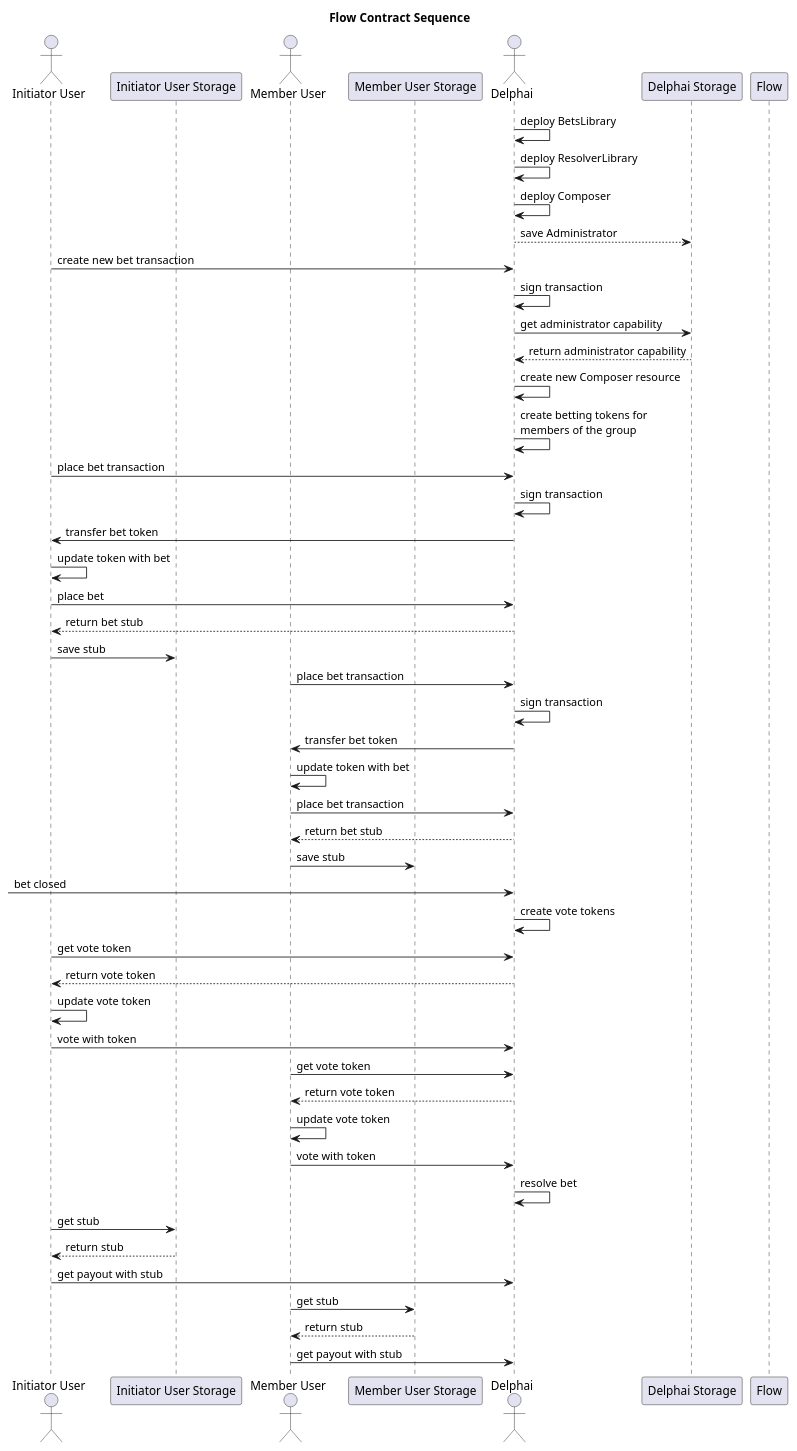
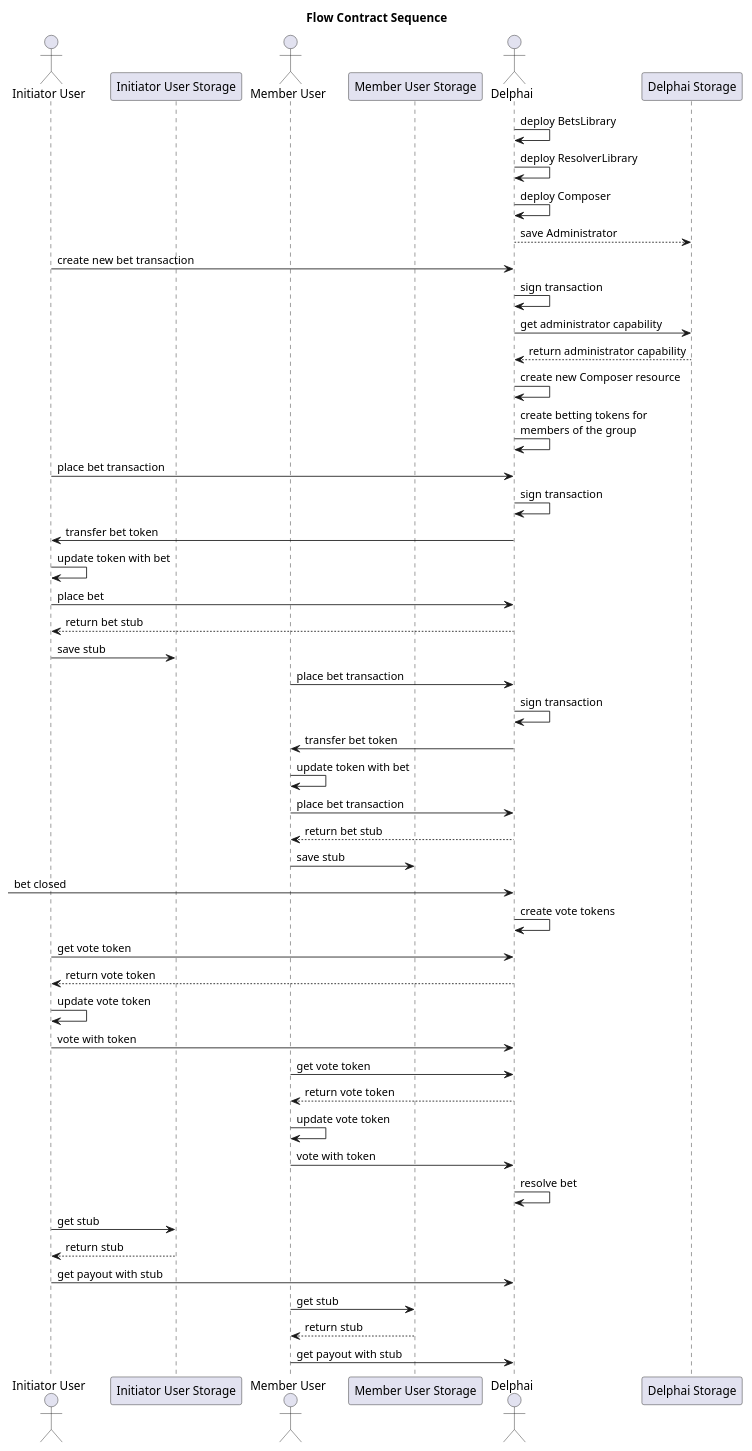
One commit to adhurjaty/prediction-app changed the diagram in docs/Diagrams/src/Architecture/flowContractSequence.puml. Above: the diagram before and after it, drawn with PlantUML.

Commit message:
small edit

```diff
--- a/docs/Diagrams/src/Architecture/flowContractSequence.puml
+++ b/docs/Diagrams/src/Architecture/flowContractSequence.puml
@@ -1,56 +1,55 @@
 @startuml
 
 title Flow Contract Sequence
 
 actor "Initiator User" as init
 participant "Initiator User Storage" as initStorage
 actor "Member User" as member
 participant "Member User Storage" as memberStorage
 actor Delphai as delph
 participant "Delphai Storage" as delphStorage
-participant Flow as flow
 
 delph -> delph : deploy BetsLibrary
 delph -> delph : deploy ResolverLibrary
 delph -> delph : deploy Composer
 delph --> delphStorage : save Administrator
 init -> delph : create new bet transaction
 delph -> delph : sign transaction
 delph -> delphStorage : get administrator capability
 delphStorage --> delph : return administrator capability
 delph -> delph : create new Composer resource
 delph -> delph : create betting tokens for\nmembers of the group
 init -> delph : place bet transaction
 delph -> delph : sign transaction
 delph -> init : transfer bet token
 init -> init : update token with bet
 init -> delph : place bet
 delph --> init : return bet stub
 init -> initStorage : save stub
 member -> delph : place bet transaction
 delph -> delph : sign transaction
 delph -> member : transfer bet token
 member -> member : update token with bet
 member -> delph : place bet transaction
 delph --> member : return bet stub
 member -> memberStorage : save stub
 -> delph : bet closed
 delph -> delph : create vote tokens
 init -> delph : get vote token
 delph --> init : return vote token
 init -> init : update vote token
 init -> delph : vote with token
 member -> delph : get vote token
 delph --> member : return vote token
 member -> member : update vote token
 member -> delph : vote with token
 delph -> delph : resolve bet
 init -> initStorage : get stub
 initStorage --> init : return stub
 init -> delph : get payout with stub
 member -> memberStorage : get stub
 memberStorage --> member : return stub
 member -> delph : get payout with stub
 
 
 @enduml
```
